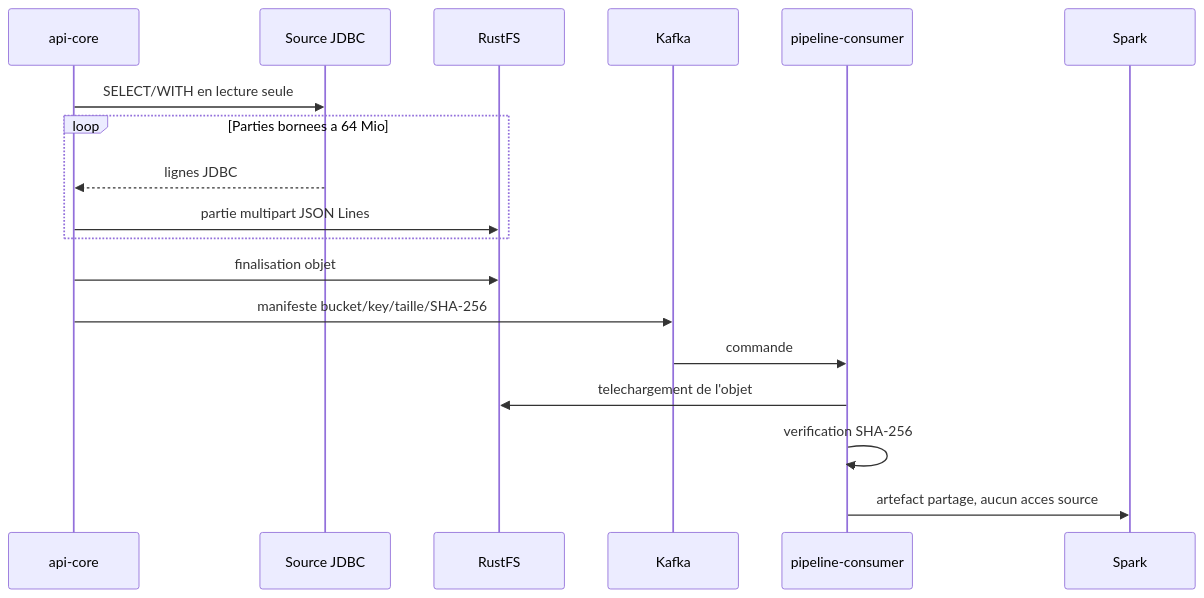
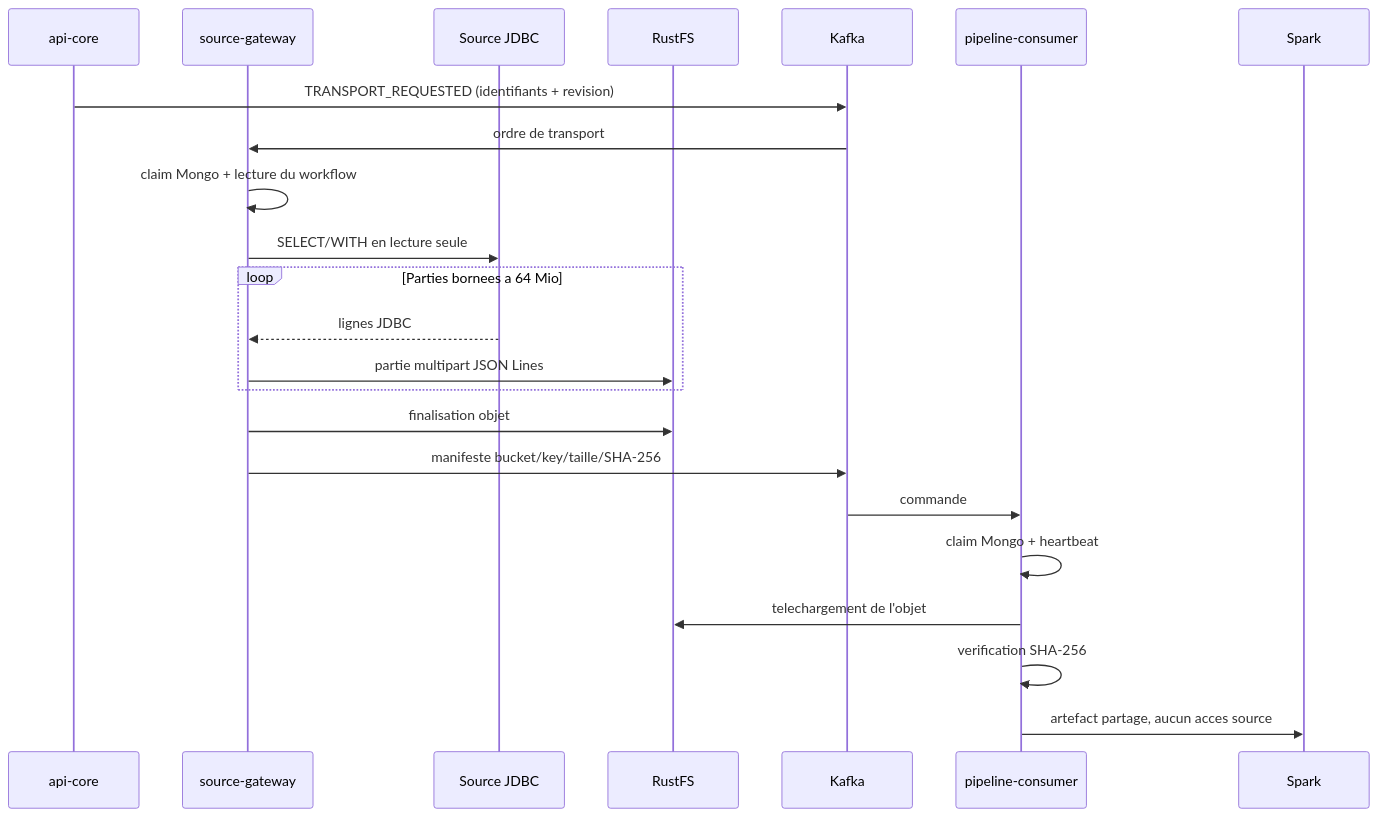
One commit to ArnaudAndy/IOL_Plateform- changed the first of 3 diagrams in docs/ARCHITECTURE.md. Above: the diagram before and after it, drawn with Mermaid. The commit also changed other lines of this file and 68 other files, not shown here.

````diff
--- a/docs/ARCHITECTURE.md
+++ b/docs/ARCHITECTURE.md
@@ -47,21 +57,26 @@
 ```mermaid
 sequenceDiagram
   participant A as api-core
+  participant G as source-gateway
   participant S as Source JDBC
   participant R as RustFS
   participant K as Kafka
   participant C as pipeline-consumer
   participant P as Spark
 
-  A->>S: SELECT/WITH en lecture seule
+  A->>K: TRANSPORT_REQUESTED (identifiants + revision)
+  K->>G: ordre de transport
+  G->>G: claim Mongo + lecture du workflow
+  G->>S: SELECT/WITH en lecture seule
   loop Parties bornees a 64 Mio
-    S-->>A: lignes JDBC
-    A->>R: partie multipart JSON Lines
+    S-->>G: lignes JDBC
+    G->>R: partie multipart JSON Lines
   end
-  A->>R: finalisation objet
-  A->>K: manifeste bucket/key/taille/SHA-256
+  G->>R: finalisation objet
+  G->>K: manifeste bucket/key/taille/SHA-256
   K->>C: commande
+  C->>C: claim Mongo + heartbeat
   C->>R: telechargement de l'objet
   C->>C: verification SHA-256
   C->>P: artefact partage, aucun acces source
 ```
````
